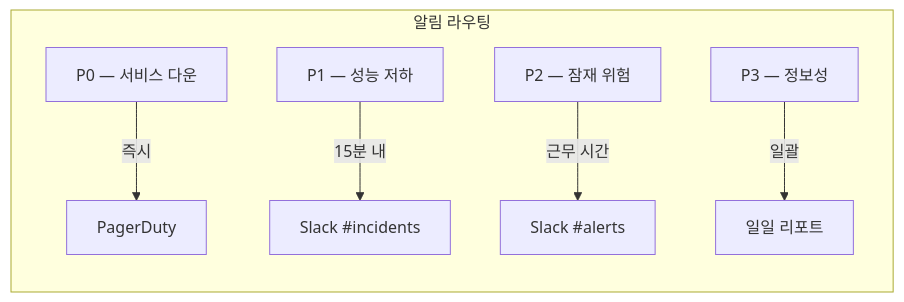
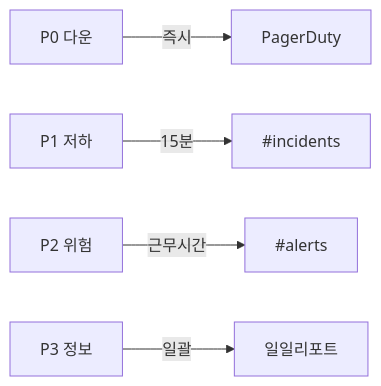
The sixth of 8 diagrams in _posts/monitoring/2026-05-03-sre-golden-signals.md (yjkim2015/yjkim2015.github.io), drawn with Mermaid before and after one commit. The commit also changed other lines of this file and 155 other files, not shown here.

First line of the commit message:
Mermaid 전면 수정: subgraph 제거, participant/노드/줄수 축소 (342블록)

````diff
--- a/_posts/monitoring/2026-05-03-sre-golden-signals.md
+++ b/_posts/monitoring/2026-05-03-sre-golden-signals.md
@@ -382,9 +380,7 @@
 ```mermaid
 graph LR
-    subgraph "알림 라우팅"
-        P0["P0 — 서비스 다운"] -->|"즉시"| PAGER["PagerDuty"]
-        P1["P1 — 성능 저하"] -->|"15분 내"| INCIDENT["Slack #incidents"]
-        P2["P2 — 잠재 위험"] -->|"근무 시간"| ALERT["Slack #alerts"]
-        P3["P3 — 정보성"] -->|"일괄"| INFO["일일 리포트"]
-    end
+    P0["P0 다운"] -->|즉시| PAGER["PagerDuty"]
+    P1["P1 저하"] -->|15분| INCIDENT["#incidents"]
+    P2["P2 위험"] -->|근무시간| ALERT["#alerts"]
+    P3["P3 정보"] -->|일괄| INFO["일일리포트"]
 ```
````
